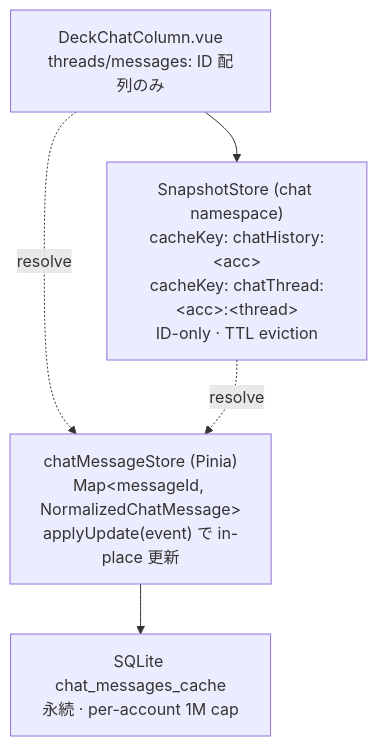
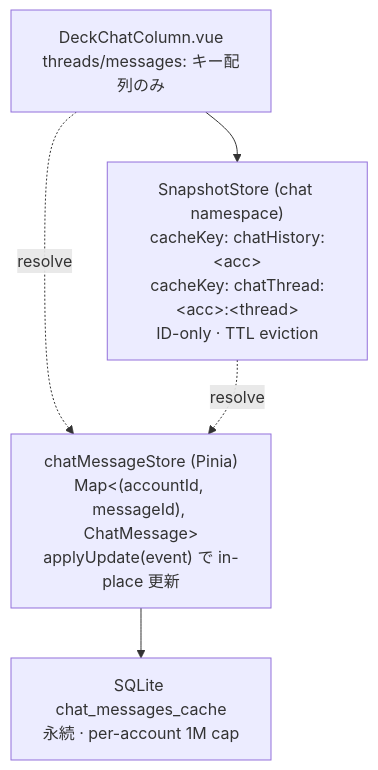
Before and after one commit to notedeck-dev/notedeck: the eighth of 8 diagrams in ARCHITECTURE.md, drawn with Mermaid. The commit also changed other lines of this file and 21 other files, not shown here.

````diff
--- a/ARCHITECTURE.md
+++ b/ARCHITECTURE.md
@@ -1250,12 +1250,12 @@
 ```mermaid
 graph TB
-    UI["DeckChatColumn.vue<br/>threads/messages: ID 配列のみ"]
+    UI["DeckChatColumn.vue<br/>threads/messages: キー配列のみ"]
     SS["SnapshotStore (chat namespace)<br/>cacheKey: chatHistory:&lt;acc&gt;<br/>cacheKey: chatThread:&lt;acc&gt;:&lt;thread&gt;<br/>ID-only · TTL eviction"]
-    CMS["chatMessageStore (Pinia)<br/>Map&lt;messageId, NormalizedChatMessage&gt;<br/>applyUpdate(event) で in-place 更新"]
+    CMS["chatMessageStore (Pinia)<br/>Map&lt;(accountId, messageId), ChatMessage&gt;<br/>applyUpdate(event) で in-place 更新"]
     SC["SQLite chat_messages_cache<br/>永続 · per-account 1M cap"]
 
     UI -.->|resolve| CMS
     UI --> SS
     SS -.->|resolve| CMS
     CMS --> SC
 ```
````
